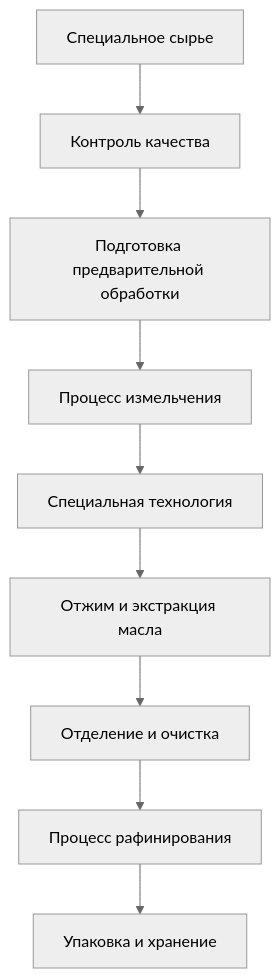
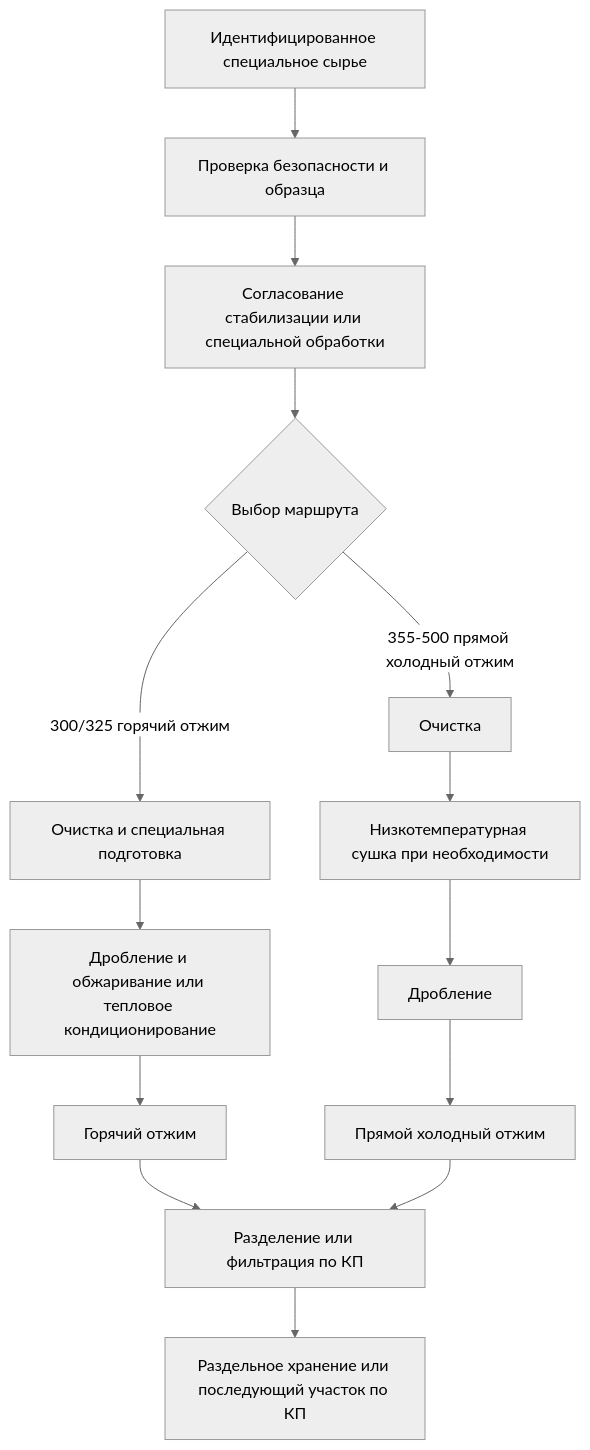
One commit to roryshanshan/oilpress-website changed the diagram in docs/ru/solutions/special-oils.md. Above: the diagram before and after it, drawn with Mermaid (neutral theme). The commit also changed other lines of this file and 1420 other files, not shown here.

````diff
--- a/docs/ru/solutions/special-oils.md
+++ b/docs/ru/solutions/special-oils.md
@@ -66,11 +33,16 @@
 ```mermaid
-graph TD
-    A[Специальное сырье] --> B[Контроль качества]
-    B --> C[Подготовка предварительной обработки]
-    C --> D[Процесс измельчения]
-    D --> E[Специальная технология]
-    E --> F[Отжим и экстракция масла]
-    F --> G[Отделение и очистка]
-    G --> H[Процесс рафинирования]
-    H --> I[Упаковка и хранение]
+flowchart TD
+    A[Идентифицированное специальное сырье] --> B[Проверка безопасности и образца]
+    B --> C[Согласование стабилизации или специальной обработки]
+    C --> D{Выбор маршрута}
+    D -->|300/325 горячий отжим| E[Очистка и специальная подготовка]
+    E --> F[Дробление и обжаривание или тепловое кондиционирование]
+    F --> G[Горячий отжим]
+    D -->|355-500 прямой холодный отжим| H[Очистка]
+    H --> I[Низкотемпературная сушка при необходимости]
+    I --> J[Дробление]
+    J --> K[Прямой холодный отжим]
+    G --> L[Разделение или фильтрация по КП]
+    K --> L
+    L --> M[Раздельное хранение или последующий участок по КП]
 ```
````
